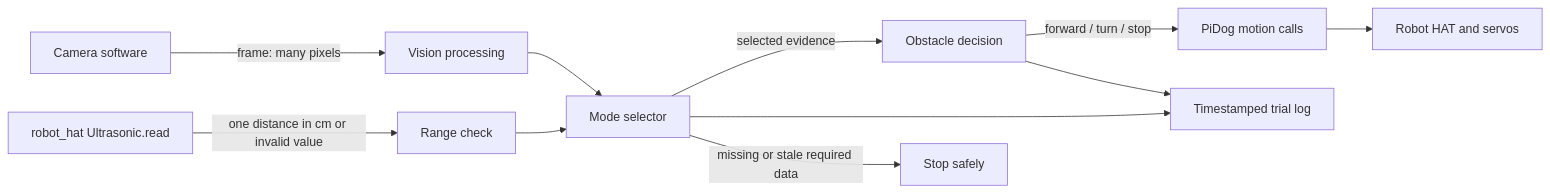
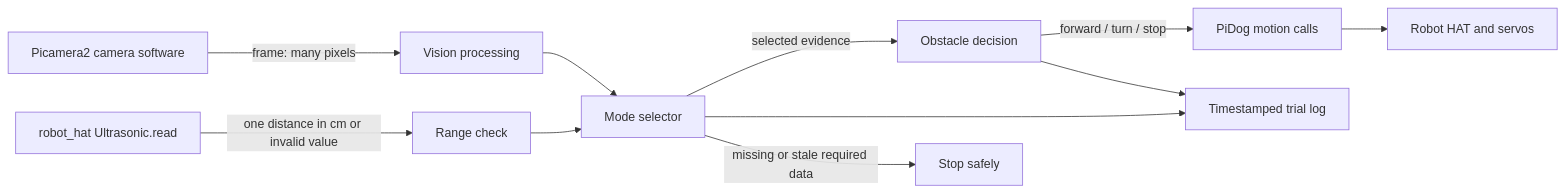
Before and after one commit to JonathanZ14-dev/PIDOG: the second of 2 diagrams in vision_vs_ultrasonic_project1/system_diagram.md, drawn with Mermaid. The commit also changed other lines of this file and 74 other files, not shown here.

````diff
--- a/vision_vs_ultrasonic_project1/system_diagram.md
+++ b/vision_vs_ultrasonic_project1/system_diagram.md
@@ -37,13 +37,13 @@
 ```mermaid
 flowchart LR
-    Cam[Camera software] -->|frame: many pixels| Vision[Vision processing]
+    Cam[Picamera2 camera software] -->|frame: many pixels| Vision[Vision processing]
     US[robot_hat Ultrasonic.read] -->|one distance in cm or invalid value| Range[Range check]
     Vision --> Gate[Mode selector]
     Range --> Gate
     Gate -->|selected evidence| Decision[Obstacle decision]
     Decision -->|forward / turn / stop| Motion[PiDog motion calls]
     Motion --> Hat[Robot HAT and servos]
     Gate --> Log[Timestamped trial log]
     Decision --> Log
     Gate -->|missing or stale required data| Stop[Stop safely]
 ```
````
